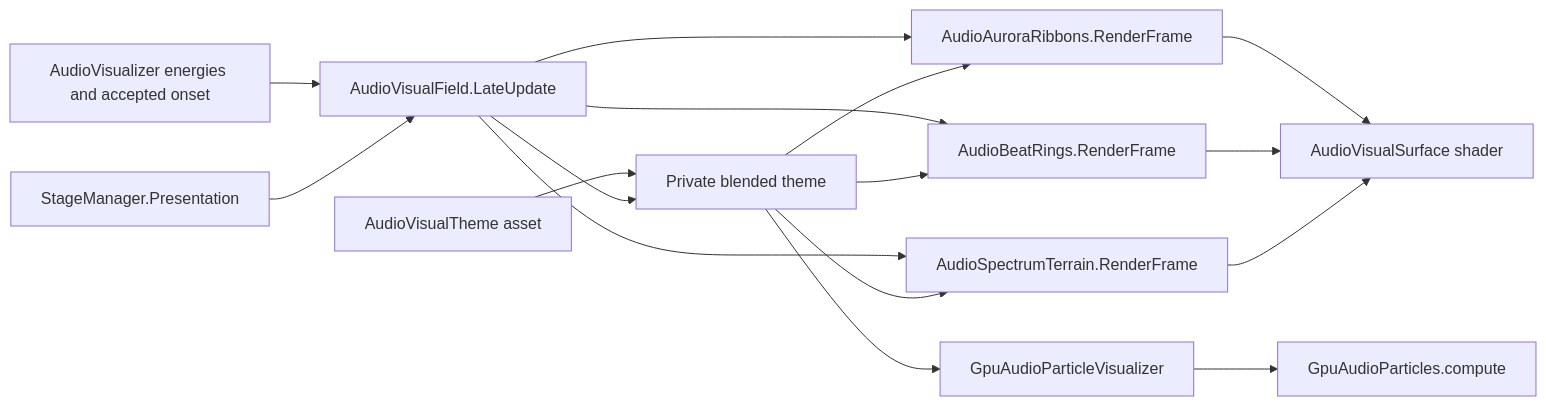
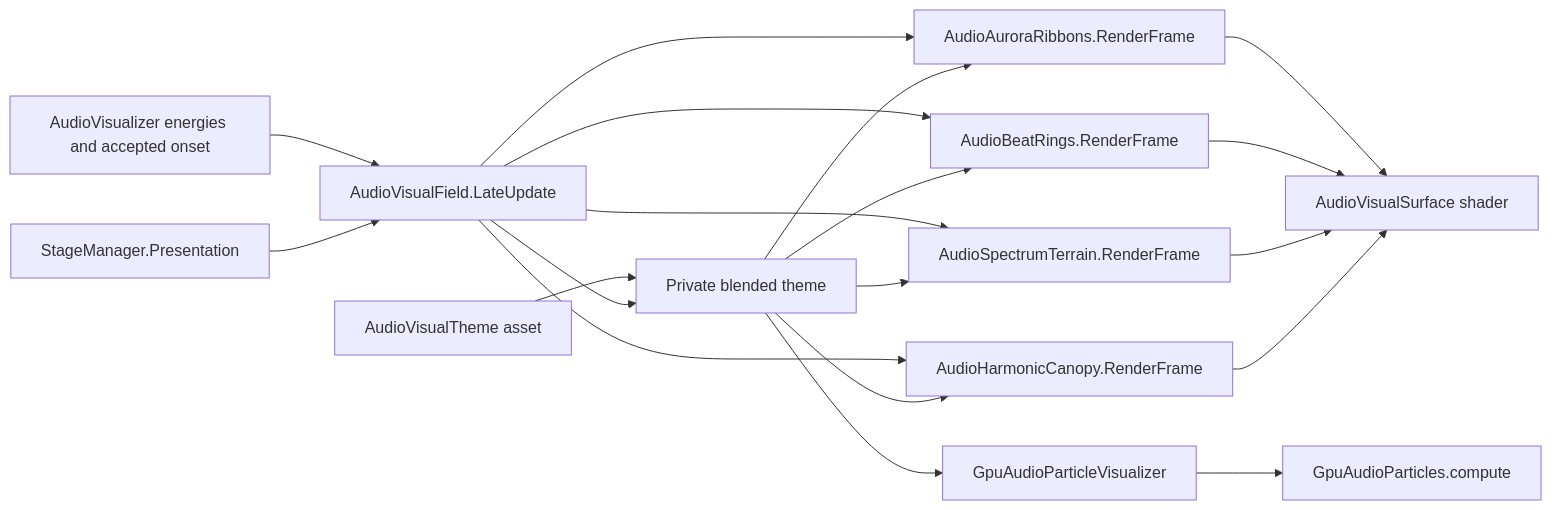
Before and after one commit to kukudia/MR-VD: the diagram in docs/visual-research.md, drawn with Mermaid. The commit also changed other lines of this file and 37 other files, not shown here.

````diff
--- a/docs/visual-research.md
+++ b/docs/visual-research.md
@@ -45,18 +45,21 @@
 ```mermaid
 flowchart LR
     A[AudioVisualizer energies and accepted onset] --> F[AudioVisualField.LateUpdate]
     S[StageManager.Presentation] --> F
     T[AudioVisualTheme asset] --> B[Private blended theme]
     F --> B
     F --> R[AudioAuroraRibbons.RenderFrame]
     F --> P[AudioBeatRings.RenderFrame]
     F --> H[AudioSpectrumTerrain.RenderFrame]
+    F --> K[AudioHarmonicCanopy.RenderFrame]
     B --> R
     B --> P
     B --> H
+    B --> K
     B --> G[GpuAudioParticleVisualizer]
     G --> C[GpuAudioParticles.compute]
     R --> M[AudioVisualSurface shader]
     P --> M
     H --> M
+    K --> M
 ```
````
